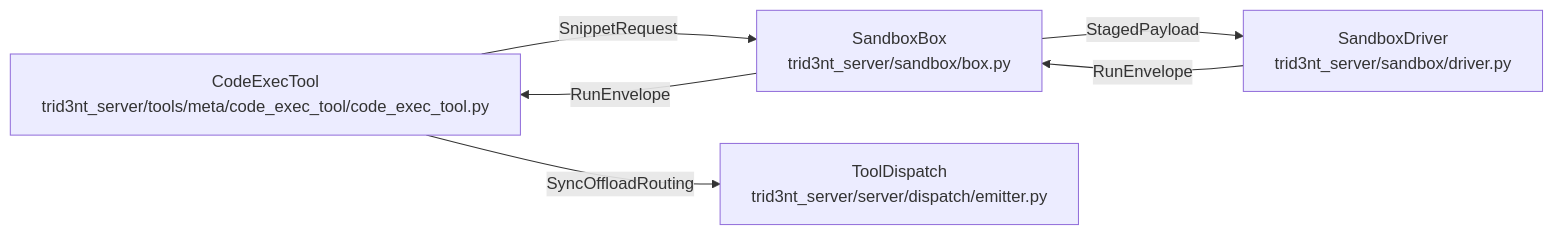
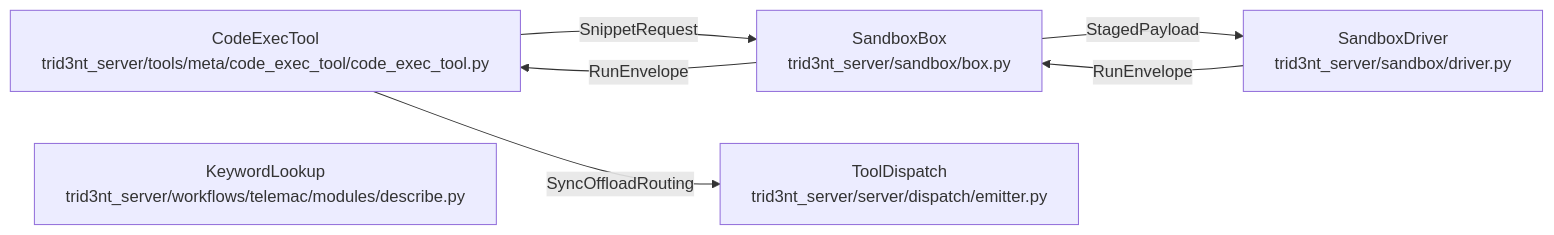
One commit to double-r-squared/trid3nt-qgis-plugin changed the diagram in docs/model/tool-plane-view.md. Above: the diagram before and after it, drawn with Mermaid. The commit also changed other lines of this file and 27 other files, not shown here.

````diff
--- a/docs/model/tool-plane-view.md
+++ b/docs/model/tool-plane-view.md
@@ -9,12 +9,13 @@
 ```mermaid
 flowchart LR
     codeExecTool["CodeExecTool<br/>trid3nt_server/tools/meta/code_exec_tool/code_exec_tool.py"]
+    keywordLookup["KeywordLookup<br/>trid3nt_server/workflows/telemac/modules/describe.py"]
     sandboxBox["SandboxBox<br/>trid3nt_server/sandbox/box.py"]
     sandboxDriver["SandboxDriver<br/>trid3nt_server/sandbox/driver.py"]
     toolDispatch["ToolDispatch<br/>trid3nt_server/server/dispatch/emitter.py"]
     sandboxBox -- "RunEnvelope" --> codeExecTool
     sandboxDriver -- "RunEnvelope" --> sandboxBox
     codeExecTool -- "SyncOffloadRouting" --> toolDispatch
     sandboxBox -- "StagedPayload" --> sandboxDriver
     codeExecTool -- "SnippetRequest" --> sandboxBox
 ```
````
